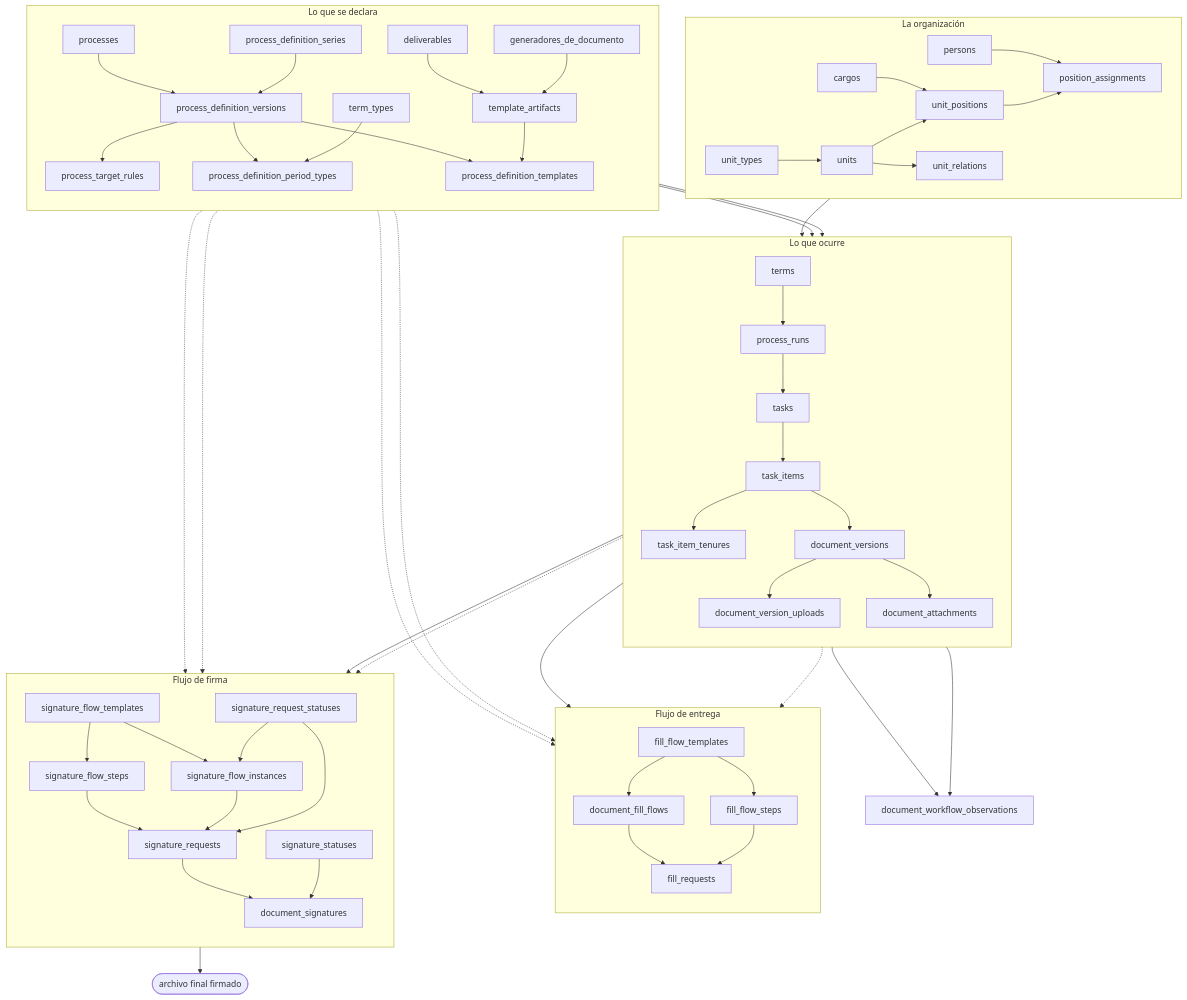
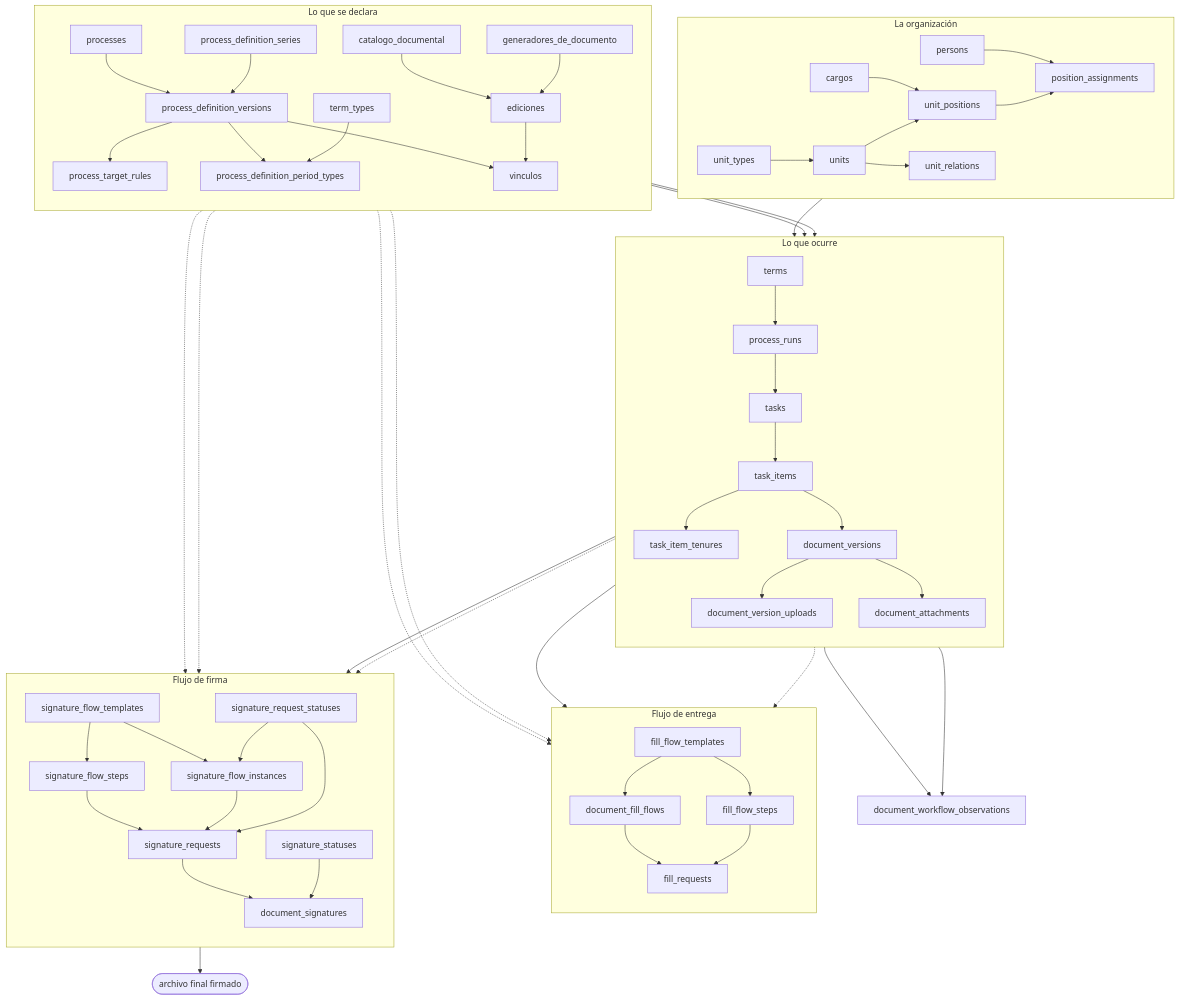
One commit to fresvel/deasy changed the diagram in docs/src/content/docs/modelo/mapa-completo.md. Above: the diagram before and after it, drawn with Mermaid. The commit also changed 172 other files, not shown here.

````diff
--- a/docs/src/content/docs/modelo/mapa-completo.md
+++ b/docs/src/content/docs/modelo/mapa-completo.md
@@ -22,71 +22,71 @@
 ```mermaid
 flowchart TB
   subgraph ORG["La organización"]
     direction LR
     UT["unit_types"] --> U["units"]
     U --> UP["unit_positions"]
     C["cargos"] --> UP
     UP --> PA["position_assignments"]
     P["persons"] --> PA
     U --> UR["unit_relations"]
   end
 
   subgraph DECL["Lo que se declara"]
     direction TB
     PR["processes"] --> PDV["process_definition_versions"]
     SER["process_definition_series"] --> PDV
     PDV --> PTR["process_target_rules"]
     PDV --> PDPT["process_definition_period_types"]
     TT["term_types"] --> PDPT
-    DEL["deliverables"] --> TA["template_artifacts"]
+    DEL["catalogo_documental"] --> TA["ediciones"]
     GEN["generadores_de_documento"] --> TA
-    PDV --> PDT["process_definition_templates"]
+    PDV --> PDT["vinculos"]
     TA --> PDT
   end
 
   subgraph EJEC["Lo que ocurre"]
     direction TB
     PDV --> RUN["process_runs"]
     TERM["terms"] --> RUN
     RUN --> T["tasks"]
     T --> TI["task_items"]
     PDT --> TI
     UP --> TI
     TI --> TEN["task_item_tenures"]
     TI --> DV["document_versions"]
     DV --> DVU["document_version_uploads"]
     DV --> DA["document_attachments"]
   end
 
   subgraph ENT["Flujo de entrega"]
     direction TB
     FFT["fill_flow_templates"] --> FFS["fill_flow_steps"]
     FFT --> DFF["document_fill_flows"]
     DFF --> FR["fill_requests"]
     FFS --> FR
   end
 
   subgraph FIR["Flujo de firma"]
     direction TB
     SFT["signature_flow_templates"] --> SFS["signature_flow_steps"]
     SFT --> SFI["signature_flow_instances"]
     SFI --> SR["signature_requests"]
     SFS --> SR
     SR --> DS["document_signatures"]
     SRS["signature_request_statuses"] --> SFI
     SRS --> SR
     SS["signature_statuses"] --> DS
   end
 
   TA -.-> FFT
   PDT -.-> FFT
   TI -.-> FFT
   TA -.-> SFT
   PDT -.-> SFT
   TI -.-> SFT
   DV --> DFF
   DV --> SFI
   DS --> FIN(["archivo final firmado"])
   TI --> OBS["document_workflow_observations"]
   DV --> OBS
 ```
````
